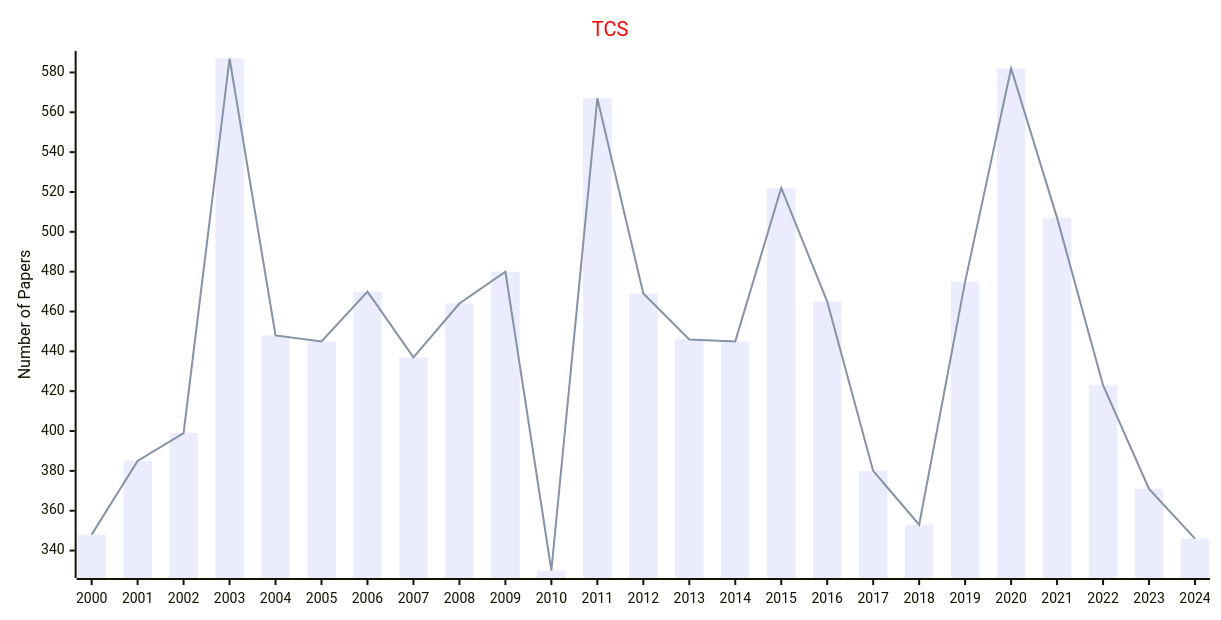
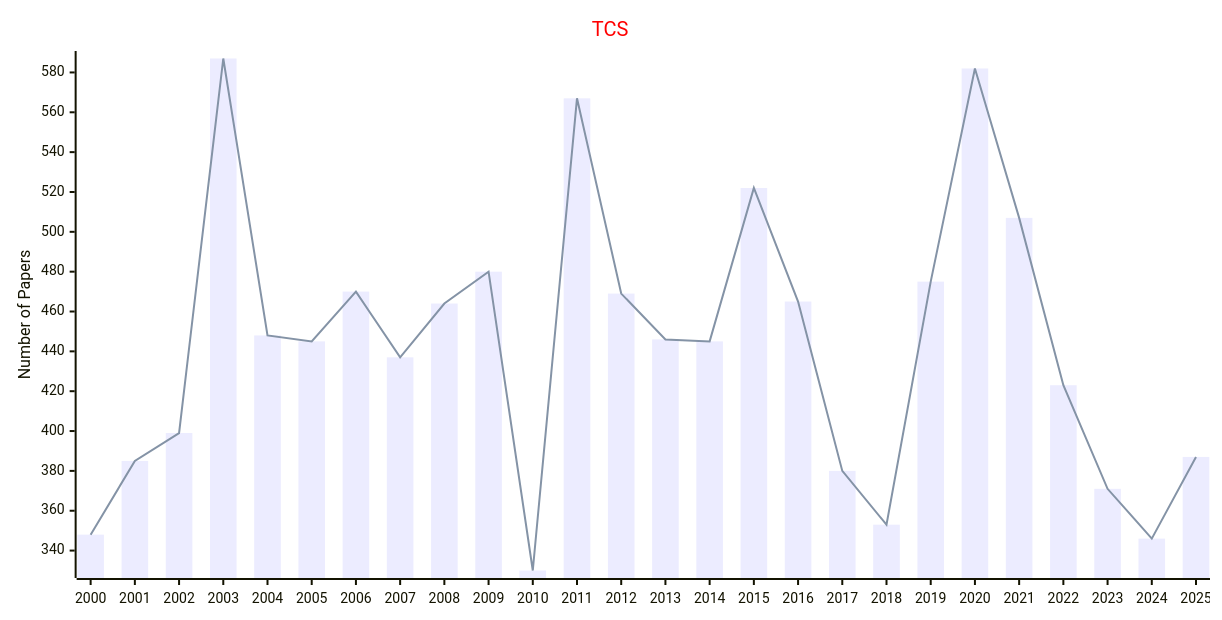
One commit to Easy-PhD/AILinks changed the diagram in docs/data/Journals/Statistics_Journals/Theory.md. Above: the diagram before and after it, drawn with Mermaid. The commit also changed 107 other files, not shown here.

````diff
--- a/docs/data/Journals/Statistics_Journals/Theory.md
+++ b/docs/data/Journals/Statistics_Journals/Theory.md
@@ -9,17 +9,17 @@
 ```mermaid
 ---
 config:
     xyChart:
         width: 1200
         height: 600
     themeVariables:
         xyChart:
             titleColor: "#ff0000"
 ---
 xychart-beta
     title "TCS"
-    x-axis [2000, 2001, 2002, 2003, 2004, 2005, 2006, 2007, 2008, 2009, 2010, 2011, 2012, 2013, 2014, 2015, 2016, 2017, 2018, 2019, 2020, 2021, 2022, 2023, 2024]
+    x-axis [2000, 2001, 2002, 2003, 2004, 2005, 2006, 2007, 2008, 2009, 2010, 2011, 2012, 2013, 2014, 2015, 2016, 2017, 2018, 2019, 2020, 2021, 2022, 2023, 2024, 2025]
     y-axis "Number of Papers"
-    bar [348, 385, 399, 587, 448, 445, 470, 437, 464, 480, 330, 567, 469, 446, 445, 522, 465, 380, 353, 475, 582, 507, 423, 371, 346]
-    line [348, 385, 399, 587, 448, 445, 470, 437, 464, 480, 330, 567, 469, 446, 445, 522, 465, 380, 353, 475, 582, 507, 423, 371, 346]
+    bar [348, 385, 399, 587, 448, 445, 470, 437, 464, 480, 330, 567, 469, 446, 445, 522, 465, 380, 353, 475, 582, 507, 423, 371, 346, 387]
+    line [348, 385, 399, 587, 448, 445, 470, 437, 464, 480, 330, 567, 469, 446, 445, 522, 465, 380, 353, 475, 582, 507, 423, 371, 346, 387]
 ```
````
